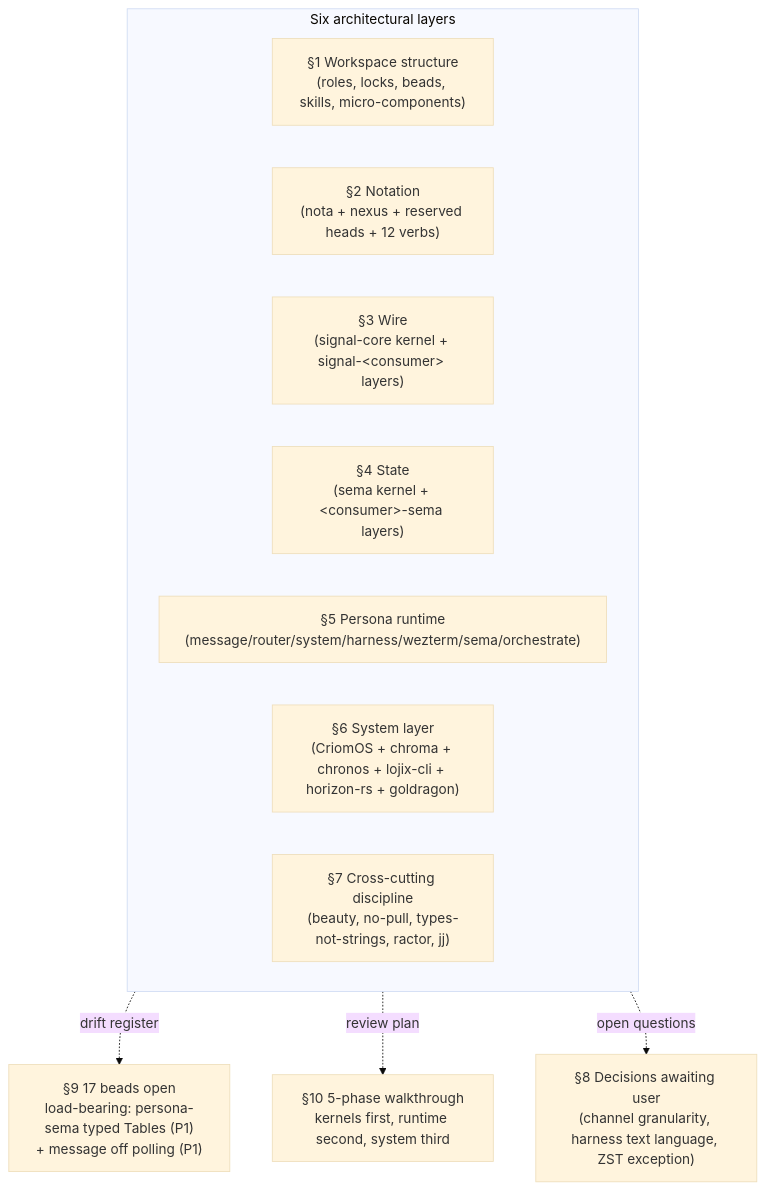
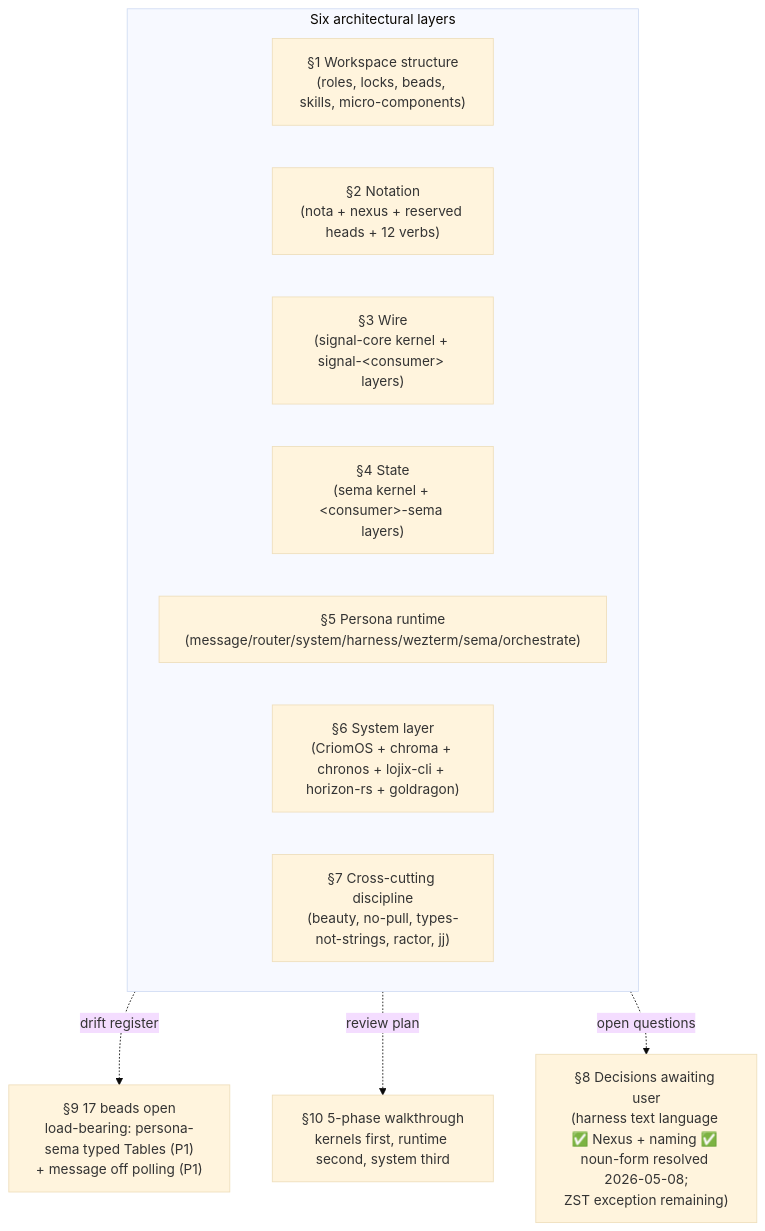
One commit to LiGoldragon/primary changed the first of 2 diagrams in reports/designer/68-architecture-amalgamation-and-review-plan.md. Above: the diagram before and after it, drawn with Mermaid (base theme). The commit also changed other lines of this file and 4 other files, not shown here.

````diff
--- a/reports/designer/68-architecture-amalgamation-and-review-plan.md
+++ b/reports/designer/68-architecture-amalgamation-and-review-plan.md
@@ -23,20 +23,20 @@
 ```mermaid
 flowchart TB
     subgraph layers["Six architectural layers"]
         ws["§1 Workspace structure<br/>(roles, locks, beads, skills, micro-components)"]
         not["§2 Notation<br/>(nota + nexus + reserved heads + 12 verbs)"]
         wire["§3 Wire<br/>(signal-core kernel + signal-&lt;consumer&gt; layers)"]
         state["§4 State<br/>(sema kernel + &lt;consumer&gt;-sema layers)"]
         runtime["§5 Persona runtime<br/>(message/router/system/harness/wezterm/sema/orchestrate)"]
         sys["§6 System layer<br/>(CriomOS + chroma + chronos + lojix-cli + horizon-rs + goldragon)"]
         disc["§7 Cross-cutting discipline<br/>(beauty, no-pull, types-not-strings, ractor, jj)"]
     end
 
     gaps["§9 17 beads open<br/>load-bearing: persona-sema typed Tables (P1)<br/>+ message off polling (P1)"]
     review["§10 5-phase walkthrough<br/>kernels first, runtime second, system third"]
-    q["§8 Decisions awaiting user<br/>(channel granularity, harness text language, ZST exception)"]
+    q["§8 Decisions awaiting user<br/>(harness text language ✅ Nexus + naming ✅ noun-form resolved 2026-05-08;<br/>ZST exception remaining)"]
 
     layers -.->|drift register| gaps
     layers -.->|review plan| review
     layers -.->|open questions| q
 ```
````
